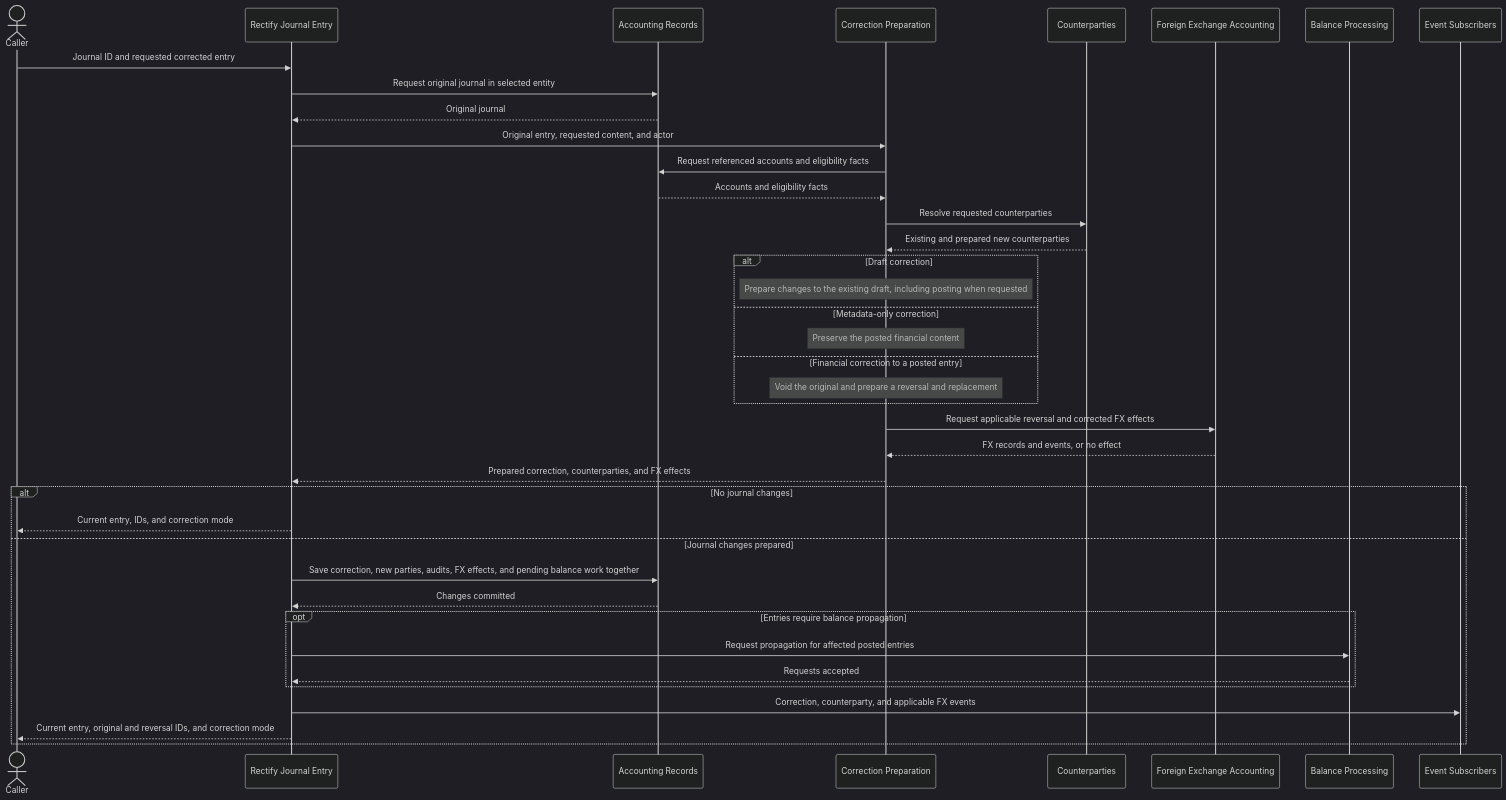
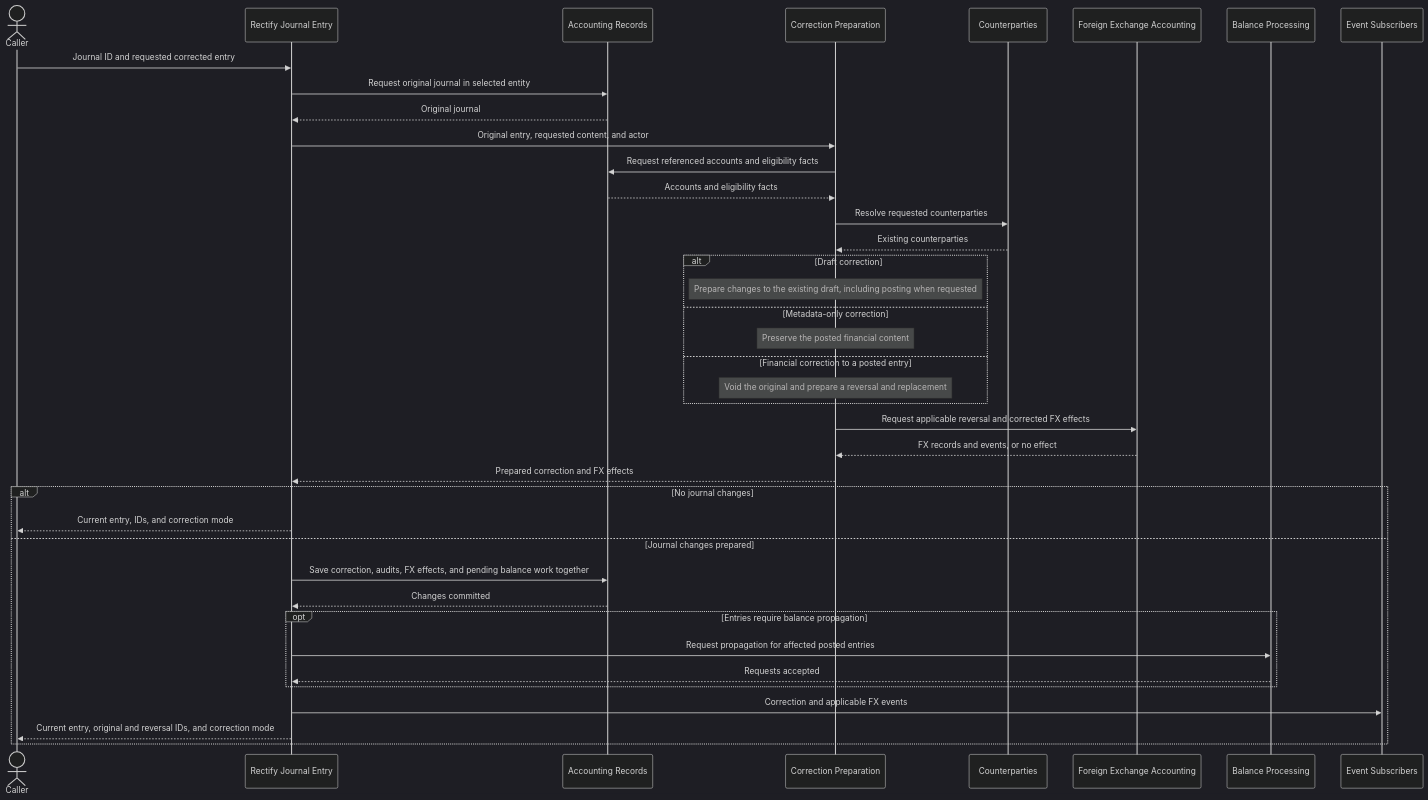
One commit to drimsheet/drimsheet-core changed the diagram in src/app/journal-entry/usecases/__docs__/rectify-journal-entry.sequence.md. Above: the diagram before and after it, drawn with Mermaid (dark theme). The commit also changed 69 other files, not shown here.

````diff
--- a/src/app/journal-entry/usecases/__docs__/rectify-journal-entry.sequence.md
+++ b/src/app/journal-entry/usecases/__docs__/rectify-journal-entry.sequence.md
@@ -3,42 +3,42 @@
 ```mermaid
 sequenceDiagram
     actor Caller
     participant Rectify as Rectify Journal Entry
     participant Records as Accounting Records
     participant Correction as Correction Preparation
     participant Parties as Counterparties
     participant FX as Foreign Exchange Accounting
     participant Balances as Balance Processing
     participant Events as Event Subscribers
 
     Caller->>Rectify: Journal ID and requested corrected entry
     Rectify->>Records: Request original journal in selected entity
     Records-->>Rectify: Original journal
     Rectify->>Correction: Original entry, requested content, and actor
     Correction->>Records: Request referenced accounts and eligibility facts
     Records-->>Correction: Accounts and eligibility facts
     Correction->>Parties: Resolve requested counterparties
-    Parties-->>Correction: Existing and prepared new counterparties
+    Parties-->>Correction: Existing counterparties
     alt Draft correction
         Note over Correction: Prepare changes to the existing draft, including posting when requested
     else Metadata-only correction
         Note over Correction: Preserve the posted financial content
     else Financial correction to a posted entry
         Note over Correction: Void the original and prepare a reversal and replacement
     end
     Correction->>FX: Request applicable reversal and corrected FX effects
     FX-->>Correction: FX records and events, or no effect
-    Correction-->>Rectify: Prepared correction, counterparties, and FX effects
+    Correction-->>Rectify: Prepared correction and FX effects
     alt No journal changes
         Rectify-->>Caller: Current entry, IDs, and correction mode
     else Journal changes prepared
-        Rectify->>Records: Save correction, new parties, audits, FX effects, and pending balance work together
+        Rectify->>Records: Save correction, audits, FX effects, and pending balance work together
         Records-->>Rectify: Changes committed
         opt Entries require balance propagation
             Rectify->>Balances: Request propagation for affected posted entries
             Balances-->>Rectify: Requests accepted
         end
-        Rectify->>Events: Correction, counterparty, and applicable FX events
+        Rectify->>Events: Correction and applicable FX events
         Rectify-->>Caller: Current entry, original and reversal IDs, and correction mode
     end
 ```
````
